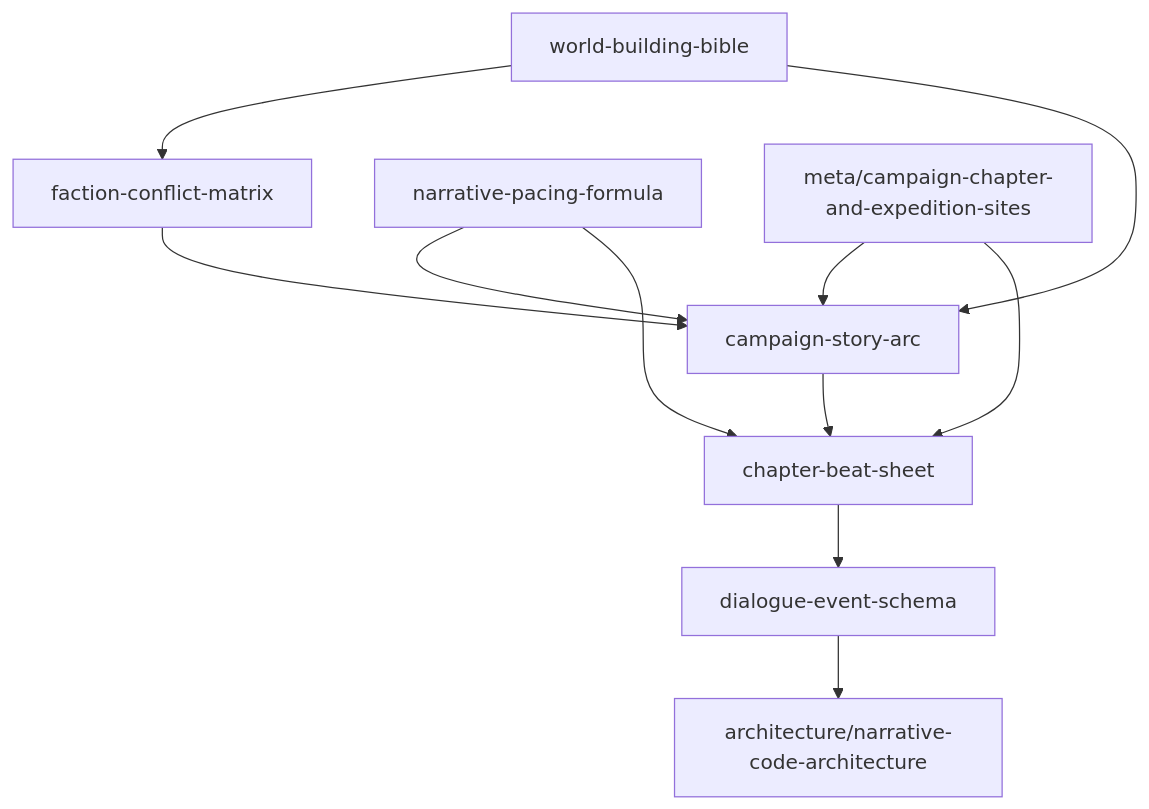
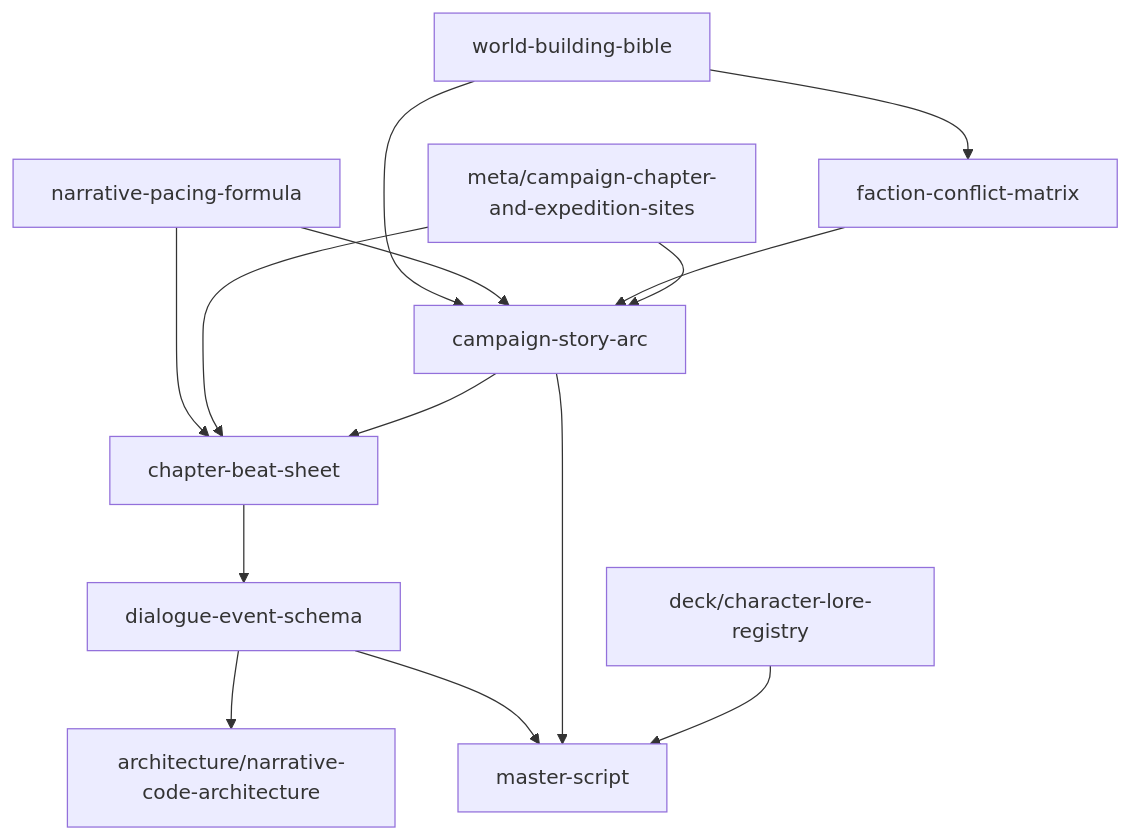
Before and after one commit to var-gg/survival-manager: the diagram in docs/02_design/narrative/index.md, drawn with Mermaid. The commit also changed other lines of this file and 1 other file, not shown here.

````diff
--- a/docs/02_design/narrative/index.md
+++ b/docs/02_design/narrative/index.md
@@ -33,13 +34,16 @@
 ```mermaid
 flowchart TD
     world[world-building-bible] --> conflict[faction-conflict-matrix]
     world --> arc[campaign-story-arc]
     pacing[narrative-pacing-formula] --> arc
     pacing --> beat[chapter-beat-sheet]
     conflict --> arc
     meta_campaign[meta/campaign-chapter-and-expedition-sites] --> arc
     meta_campaign --> beat
     arc --> beat
     beat --> schema[dialogue-event-schema]
     schema --> code[architecture/narrative-code-architecture]
+    schema --> script[master-script]
+    arc --> script
+    deck_lore[deck/character-lore-registry] --> script
 ```
````
